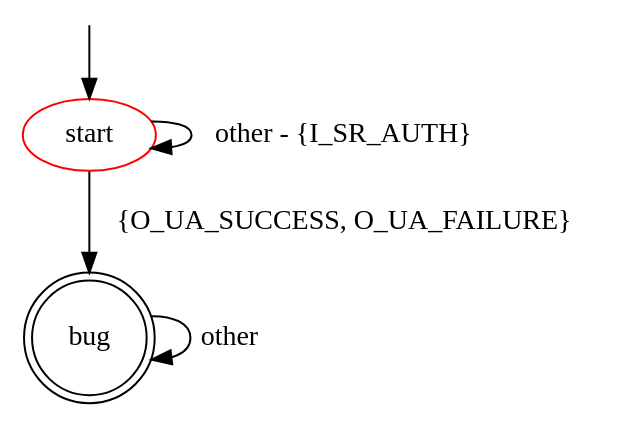
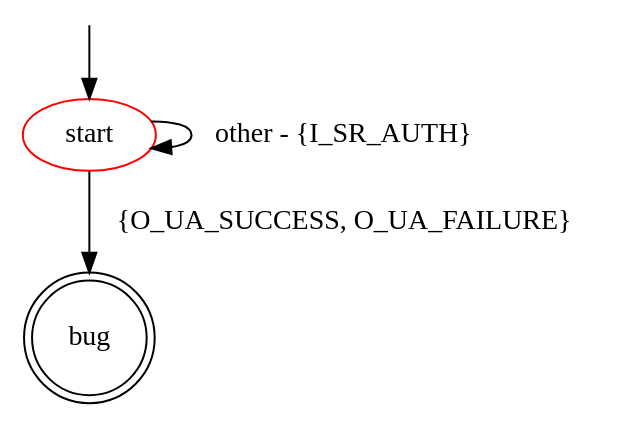
The diagram in src/main/resources/patterns/ssh/server/missing_sr_auth.dot (assist-project/state-machine-bug-finder), drawn with Graphviz before and after one commit.

Commit message:
Remove self loop

```diff
--- a/src/main/resources/patterns/ssh/server/missing_sr_auth.dot
+++ b/src/main/resources/patterns/ssh/server/missing_sr_auth.dot
@@ -1,13 +1,11 @@
 digraph G {
 label=""
 start [color="red"]
 bug [shape="doublecircle"]
 
 start -> start [label="other - {I_SR_AUTH}"]
 start -> bug [label="{O_UA_SUCCESS, O_UA_FAILURE}"]
 
-bug -> bug [label="other"]
-
 __start0 [label="" shape="none" width="0" height="0"];
 __start0 -> start;
 }
```
